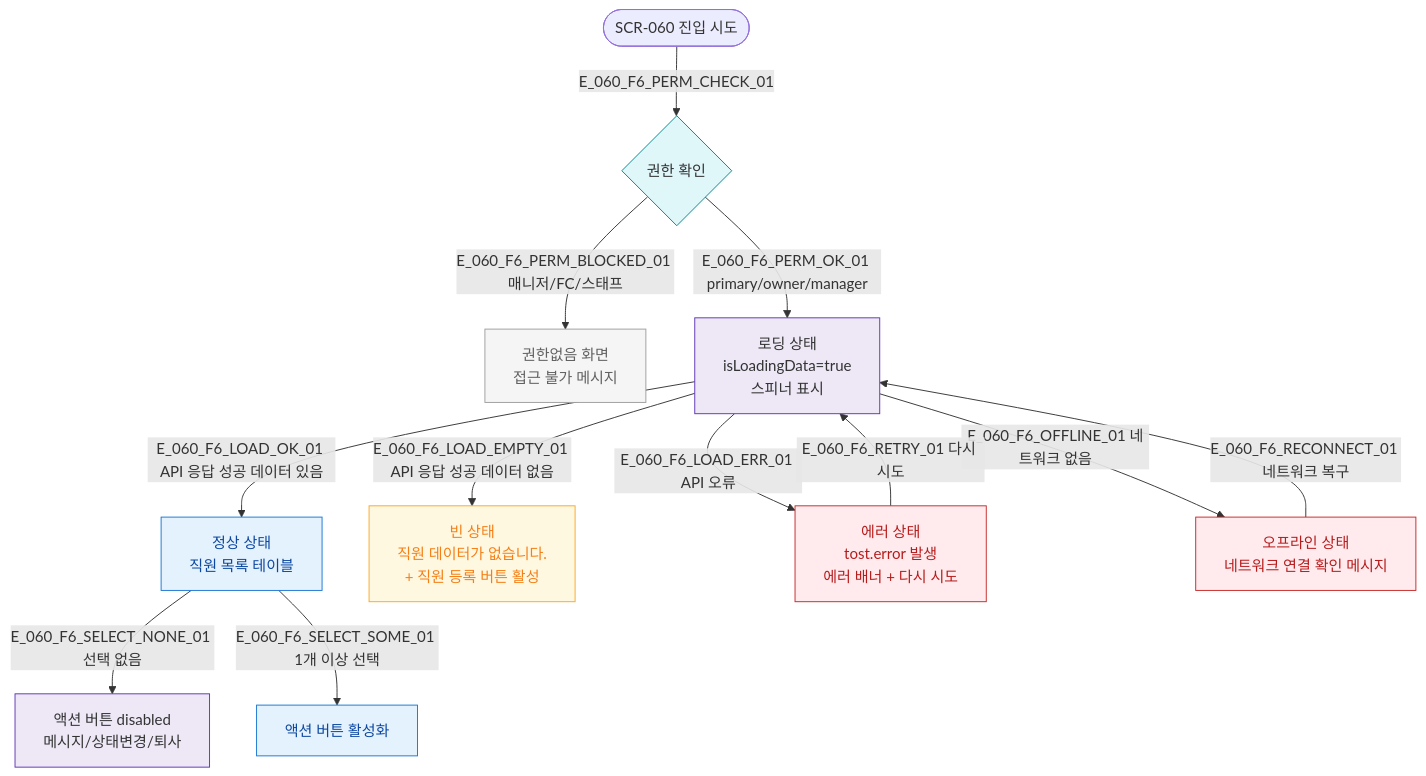
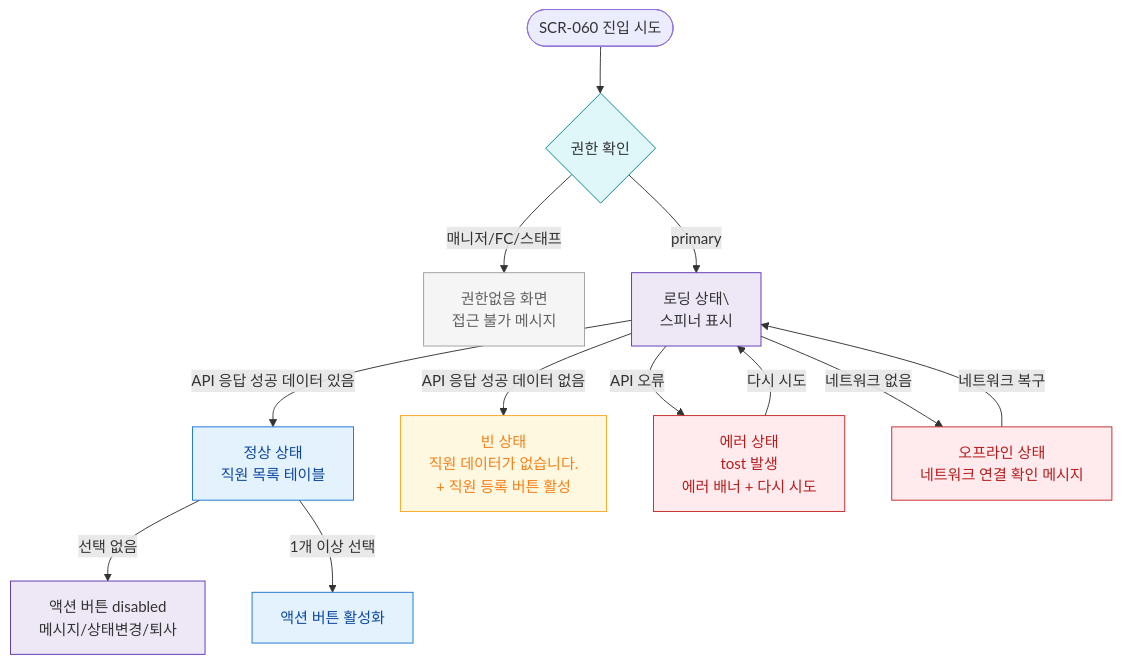
One commit to dev-spogym/admin-pando changed the diagram in docs/다이어그램/D07_직원관리/SCR-060_직원목록/F6_상태별화면.md. Above: the diagram before and after it, drawn with Mermaid. The commit also changed other lines of this file and 1660 other files, not shown here.

First line of the commit message:
다이어그램: 기획자/클라이언트 납품본으로 정리

````diff
--- a/docs/다이어그램/D07_직원관리/SCR-060_직원목록/F6_상태별화면.md
+++ b/docs/다이어그램/D07_직원관리/SCR-060_직원목록/F6_상태별화면.md
@@ -22,33 +20,33 @@
 ```mermaid
 flowchart TD
   ENTER([SCR-060 진입 시도])
 
-  ENTER -->|E_060_F6_PERM_CHECK_01| PERM{권한 확인}
-  PERM -->|E_060_F6_PERM_BLOCKED_01 매니저/FC/스태프| STATE_BLOCKED[권한없음 화면\n접근 불가 메시지]
-  PERM -->|E_060_F6_PERM_OK_01 primary/owner/manager| STATE_LOADING[로딩 상태\nisLoadingData=true\n스피너 표시]
+  ENTER --> PERM{권한 확인}
+  PERM -->|매니저/FC/스태프|STATE_BLOCKED[권한없음 화면\n접근 불가 메시지]
+  PERM -->|primary|STATE_LOADING[로딩 상태\\n스피너 표시]
 
-  STATE_LOADING -->|E_060_F6_LOAD_OK_01 API 응답 성공 데이터 있음| STATE_NORMAL[정상 상태\n직원 목록 테이블]
-  STATE_LOADING -->|E_060_F6_LOAD_EMPTY_01 API 응답 성공 데이터 없음| STATE_EMPTY[빈 상태\n직원 데이터가 없습니다.\n+ 직원 등록 버튼 활성]
-  STATE_LOADING -->|E_060_F6_LOAD_ERR_01 API 오류| STATE_ERROR[에러 상태\ntost.error 발생\n에러 배너 + 다시 시도]
-  STATE_LOADING -->|E_060_F6_OFFLINE_01 네트워크 없음| STATE_OFFLINE[오프라인 상태\n네트워크 연결 확인 메시지]
+  STATE_LOADING -->|API 응답 성공 데이터 있음|STATE_NORMAL[정상 상태\n직원 목록 테이블]
+  STATE_LOADING -->|API 응답 성공 데이터 없음|STATE_EMPTY[빈 상태\n직원 데이터가 없습니다.\n+ 직원 등록 버튼 활성]
+  STATE_LOADING -->|API 오류|STATE_ERROR[에러 상태\ntost 발생\n에러 배너 + 다시 시도]
+  STATE_LOADING -->|네트워크 없음|STATE_OFFLINE[오프라인 상태\n네트워크 연결 확인 메시지]
 
-  STATE_ERROR -->|E_060_F6_RETRY_01 다시 시도| STATE_LOADING
-  STATE_OFFLINE -->|E_060_F6_RECONNECT_01 네트워크 복구| STATE_LOADING
+  STATE_ERROR -->|다시 시도|STATE_LOADING
+  STATE_OFFLINE -->|네트워크 복구|STATE_LOADING
 
-  STATE_NORMAL -->|E_060_F6_SELECT_NONE_01 선택 없음| STATE_NO_SELECT[액션 버튼 disabled\n메시지/상태변경/퇴사]
-  STATE_NORMAL -->|E_060_F6_SELECT_SOME_01 1개 이상 선택| STATE_SELECTED[액션 버튼 활성화]
+  STATE_NORMAL -->|선택 없음|STATE_NO_SELECT[액션 버튼 disabled\n메시지/상태변경/퇴사]
+  STATE_NORMAL -->|1개 이상 선택|STATE_SELECTED[액션 버튼 활성화]
 
-  classDef screen      fill:#E3F2FD,stroke:#1976D2,color:#0D47A1
-  classDef error       fill:#FFEBEE,stroke:#C62828,color:#B71C1C
-  classDef warning     fill:#FFF8E1,stroke:#F9A825,color:#F57F17
-  classDef system      fill:#EDE7F6,stroke:#5E35B2
+  classDef screen fill:#E3F2FD,stroke:#1976D2,color:#0D47A1
+  classDef error fill:#FFEBEE,stroke:#C62828,color:#B71C1C
+  classDef warning fill:#FFF8E1,stroke:#F9A825,color:#F57F17
+  classDef system fill:#EDE7F6,stroke:#5E35B2
   classDef rbacBlocked fill:#F5F5F5,stroke:#9E9E9E,color:#616161
-  classDef info        fill:#E0F7FA,stroke:#00838F
+  classDef info fill:#E0F7FA,stroke:#00838F
 
   class STATE_NORMAL,STATE_SELECTED screen
   class STATE_LOADING,STATE_NO_SELECT system
   class STATE_EMPTY warning
   class STATE_ERROR,STATE_OFFLINE error
   class STATE_BLOCKED rbacBlocked
   class PERM info
 ```
````
